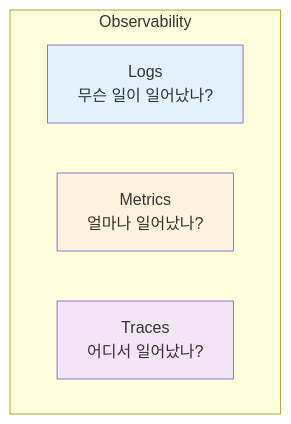
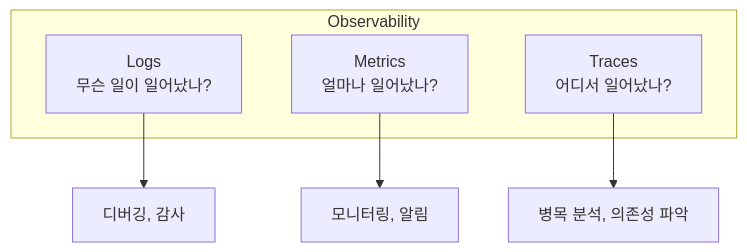
The first of 7 diagrams in src/content/backend/go/enterprise-go-8-observability.md (KimSeogyu/KimSeogyu.github.io), drawn with Mermaid before and after one commit. The commit also changed other lines of this file and 7 other files, not shown here.

````diff
--- a/src/content/backend/go/enterprise-go-8-observability.md
+++ b/src/content/backend/go/enterprise-go-8-observability.md
@@ -26,12 +29,12 @@
 ```mermaid
 graph TB
     subgraph "Observability"
-        LOGS[Logs<br/>무슨 일이 일어났나?]
-        METRICS[Metrics<br/>얼마나 일어났나?]
-        TRACES[Traces<br/>어디서 일어났나?]
+        LOGS["Logs<br/>무슨 일이 일어났나?"]
+        METRICS["Metrics<br/>얼마나 일어났나?"]
+        TRACES["Traces<br/>어디서 일어났나?"]
     end
     
-    style LOGS fill:#e3f2fd
-    style METRICS fill:#fff3e0
-    style TRACES fill:#f3e5f5
+    LOGS --> DEBUG[디버깅, 감사]
+    METRICS --> MONITOR[모니터링, 알림]
+    TRACES --> ANALYSIS[병목 분석, 의존성 파악]
 ```
````
